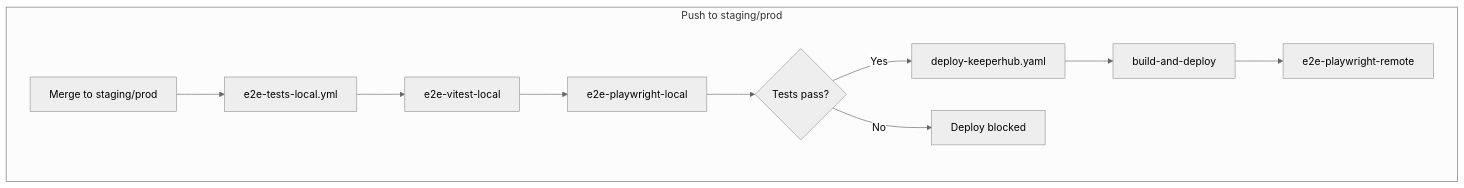
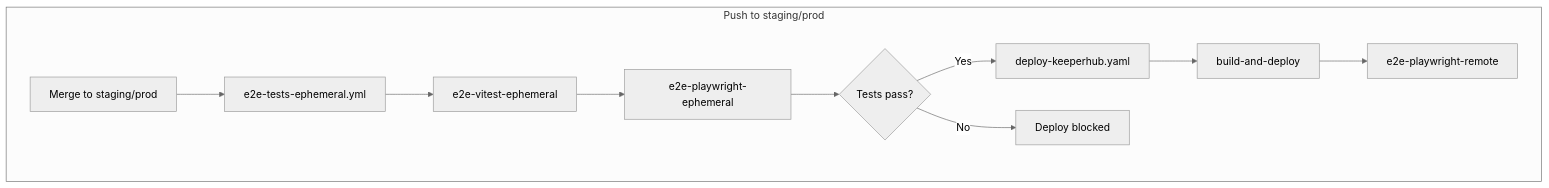
The fifth of 5 diagrams in docs/testing/README.md (arunnadarasa/keeperhubarc), drawn with Mermaid (neutral theme) before and after one commit. The commit also changed other lines of this file, not shown here.

First line of the commit message:
docs: KEEP-1351 fix stale local references to use ephemeral naming

````diff
--- a/docs/testing/README.md
+++ b/docs/testing/README.md
@@ -99,13 +99,13 @@
 ```mermaid
 graph TD
     subgraph "Push to staging/prod"
-        A[Merge to staging/prod] --> B[e2e-tests-local.yml]
-        B --> C[e2e-vitest-local]
-        C --> D[e2e-playwright-local]
+        A[Merge to staging/prod] --> B[e2e-tests-ephemeral.yml]
+        B --> C[e2e-vitest-ephemeral]
+        C --> D[e2e-playwright-ephemeral]
         D --> E{Tests pass?}
         E -->|Yes| F[deploy-keeperhub.yaml]
         F --> G[build-and-deploy]
         G --> H[e2e-playwright-remote]
         E -->|No| J[Deploy blocked]
     end
 ```
````
